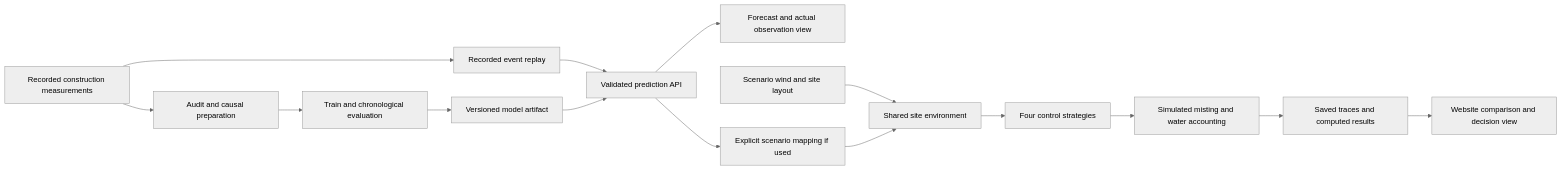
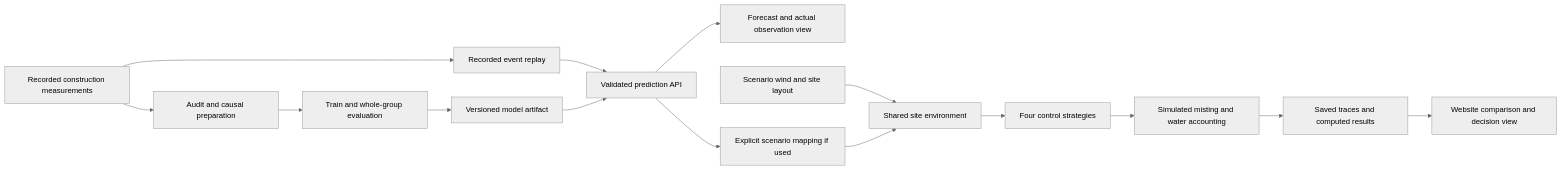
The diagram in docs/architecture.md (arifshekhk8/DustTwin-AI), drawn with Mermaid (neutral theme) before and after one commit. The commit also changed other lines of this file and 17 other files, not shown here.

````diff
--- a/docs/architecture.md
+++ b/docs/architecture.md
@@ -7,17 +7,17 @@
 ```mermaid
 flowchart LR
   D[Recorded construction measurements] --> Q[Audit and causal preparation]
-  Q --> T[Train and chronological evaluation]
+  Q --> T[Train and whole-group evaluation]
   T --> A[Versioned model artifact]
   D --> R[Recorded event replay]
   R --> P[Validated prediction API]
   A --> P
   P --> V[Forecast and actual observation view]
   P --> X[Explicit scenario mapping if used]
   W[Scenario wind and site layout] --> S[Shared site environment]
   X --> S
   S --> C[Four control strategies]
   C --> M[Simulated misting and water accounting]
   M --> E[Saved traces and computed results]
   E --> U[Website comparison and decision view]
 ```
````
